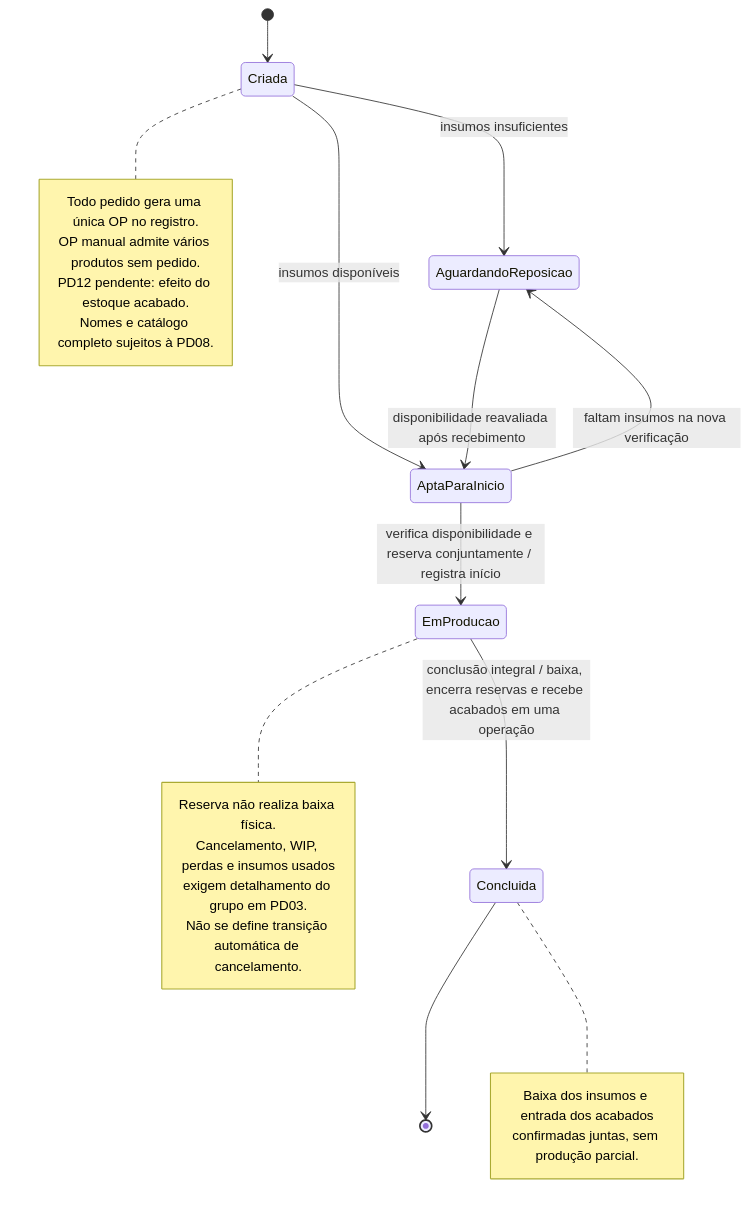
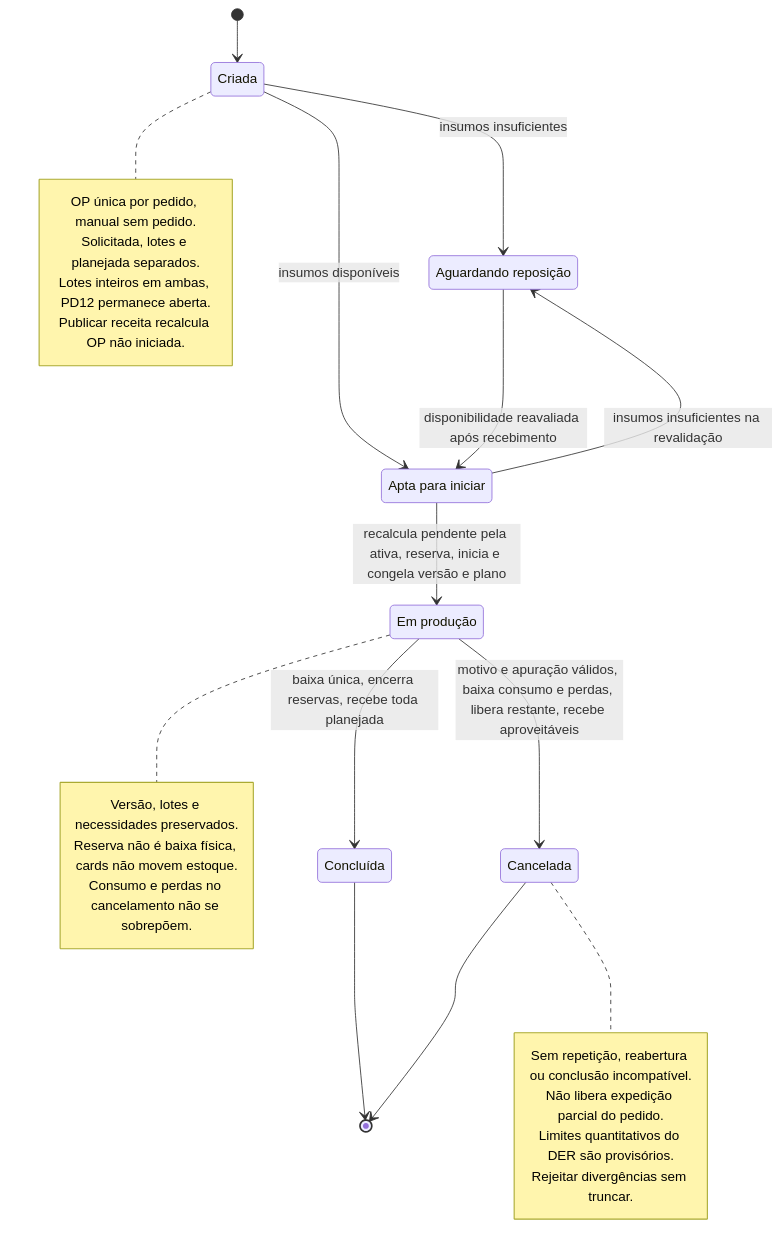
Before and after one commit to edumoreira7/TCC---Gestao-Integrada: the diagram in docs/03-modelagem/estados/estado-ordem-producao.mmd, drawn with Mermaid. The commit also changed 74 other files, not shown here.

```diff
--- a/docs/03-modelagem/estados/estado-ordem-producao.mmd
+++ b/docs/03-modelagem/estados/estado-ordem-producao.mmd
@@ -1,25 +1,34 @@
 stateDiagram-v2
+    state "Criada" as Criada
+    state "Aguardando reposição" as AguardandoReposicao
+    state "Apta para iniciar" as AptaParaInicio
+    state "Em produção" as EmProducao
+    state "Concluída" as Concluida
+    state "Cancelada" as Cancelada
     [*] --> Criada
     Criada --> AguardandoReposicao: insumos insuficientes
     Criada --> AptaParaInicio: insumos disponíveis
     AguardandoReposicao --> AptaParaInicio: disponibilidade reavaliada após recebimento
-    AptaParaInicio --> AguardandoReposicao: faltam insumos na nova verificação
-    AptaParaInicio --> EmProducao: verifica disponibilidade e reserva conjuntamente / registra início
-    EmProducao --> Concluida: conclusão integral / baixa, encerra reservas e recebe acabados em uma operação
+    AptaParaInicio --> AguardandoReposicao: insumos insuficientes na revalidação
+    AptaParaInicio --> EmProducao: recalcula pendente pela ativa, reserva, inicia e congela versão e plano
+    EmProducao --> Concluida: baixa única, encerra reservas, recebe toda planejada
+    EmProducao --> Cancelada: motivo e apuração válidos, baixa consumo e perdas, libera restante, recebe aproveitáveis
     Concluida --> [*]
+    Cancelada --> [*]
     note right of Criada
-      Todo pedido gera uma única OP no registro.
-      OP manual admite vários produtos sem pedido.
-      PD12 pendente: efeito do estoque acabado.
-      Nomes e catálogo completo sujeitos à PD08.
+      OP única por pedido, manual sem pedido.
+      Solicitada, lotes e planejada separados.
+      Lotes inteiros em ambas, PD12 permanece aberta.
+      Publicar receita recalcula OP não iniciada.
     end note
     note right of EmProducao
-      Reserva não realiza baixa física.
-      Cancelamento, WIP, perdas e insumos usados
-      exigem detalhamento do grupo em PD03.
-      Não se define transição automática de cancelamento.
+      Versão, lotes e necessidades preservados.
+      Reserva não é baixa física, cards não movem estoque.
+      Consumo e perdas no cancelamento não se sobrepõem.
     end note
-    note right of Concluida
-      Baixa dos insumos e entrada dos acabados
-      confirmadas juntas, sem produção parcial.
+    note right of Cancelada
+      Sem repetição, reabertura ou conclusão incompatível.
+      Não libera expedição parcial do pedido.
+      Limites quantitativos do DER são provisórios.
+      Rejeitar divergências sem truncar.
     end note
```
